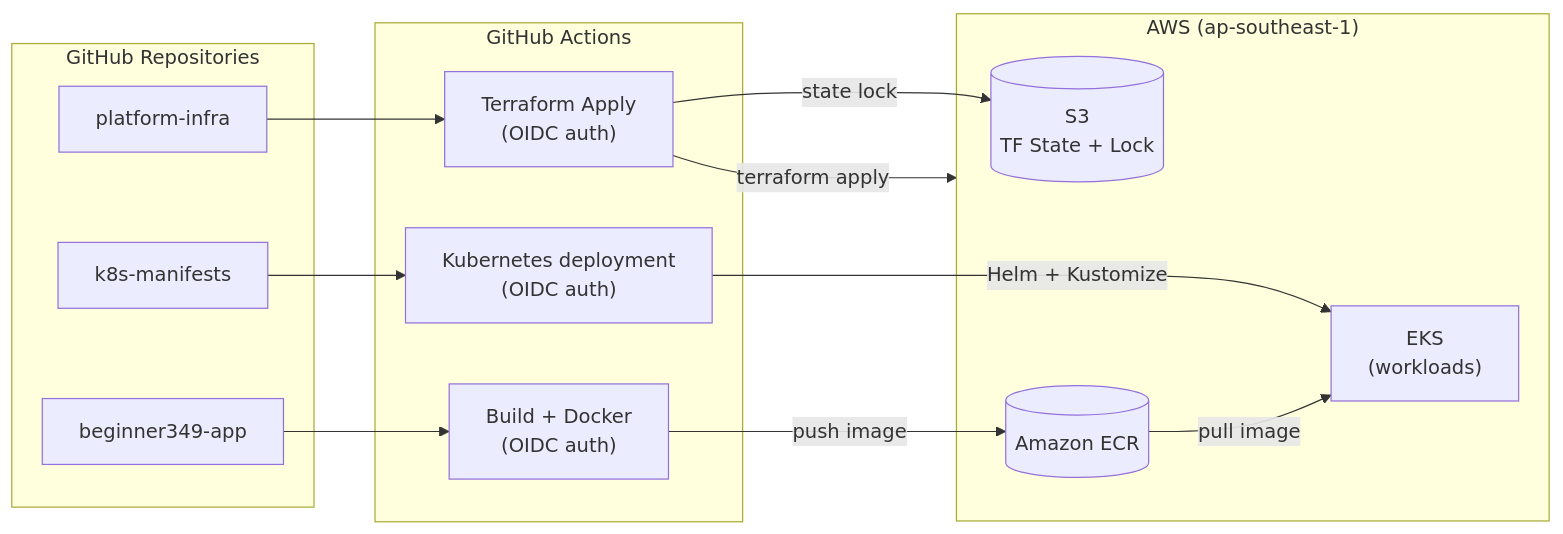
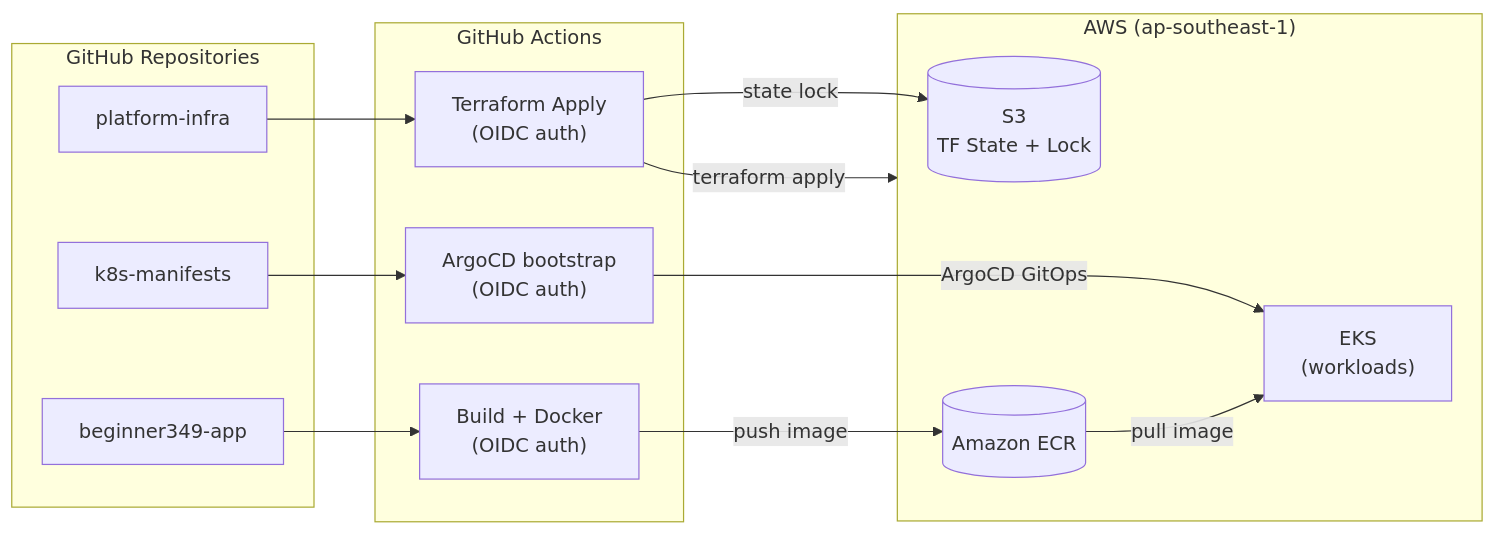
The first of 2 diagrams in README.md (beginner349/platform-infra), drawn with Mermaid before and after one commit. The commit also changed other lines of this file, not shown here.

````diff
--- a/README.md
+++ b/README.md
@@ -29,35 +29,35 @@
 ```mermaid
 flowchart LR
   subgraph Repos ["GitHub Repositories"]
     repo_infra["platform-infra"]
     repo_app["beginner349-app"]
     repo_k8s["k8s-manifests"]
   end
 
   subgraph Pipelines ["GitHub Actions"]
     
     gha_tf["Terraform Apply<br/>(OIDC auth)"]
     gha_app["Build + Docker<br/>(OIDC auth)"]
-    k8_deploy["Kubernetes deployment<br/>(OIDC auth)"]
+    k8_deploy["ArgoCD bootstrap<br/>(OIDC auth)"]
   end
 
   subgraph AWS ["AWS (ap-southeast-1)"]
     
     s3[("S3<br/>TF State + Lock")]
     ecr[("Amazon ECR")]
     eks["EKS<br/>(workloads)"]
   end
 
   repo_infra --> gha_tf
   gha_tf -->|"terraform apply"| AWS
   gha_tf -->|"state lock"| s3
 
   repo_app  --> gha_app
   gha_app -->|"push image"| ecr
 
   repo_k8s  -->k8_deploy
-  k8_deploy  -->|"Helm + Kustomize"| eks
+  k8_deploy  -->|"ArgoCD GitOps"| eks
   
   ecr -->|"pull image"| eks
 
 ```
````
